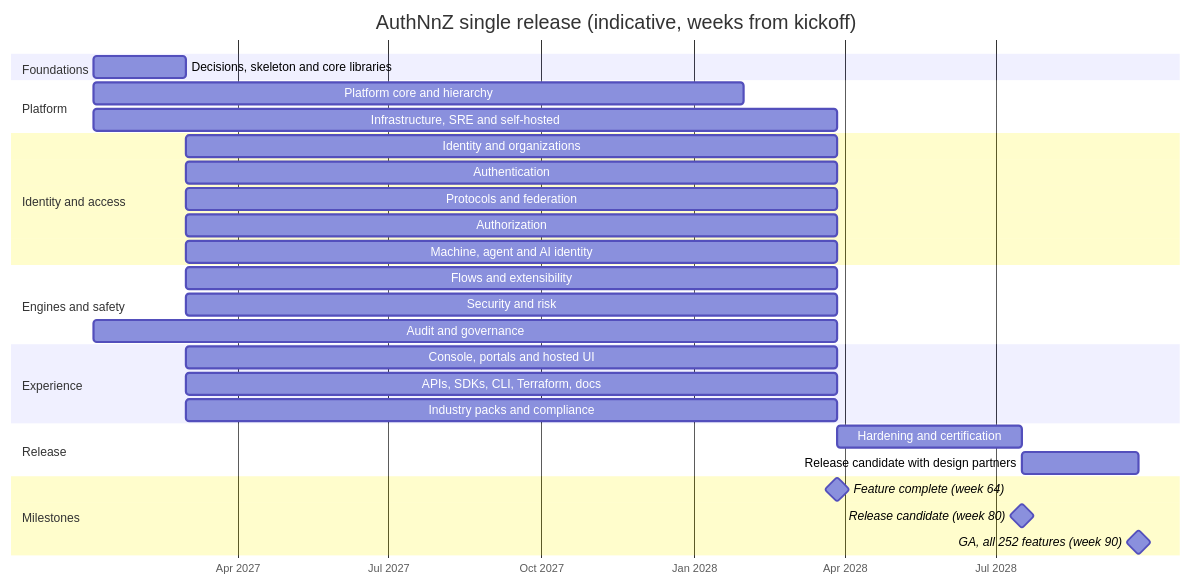
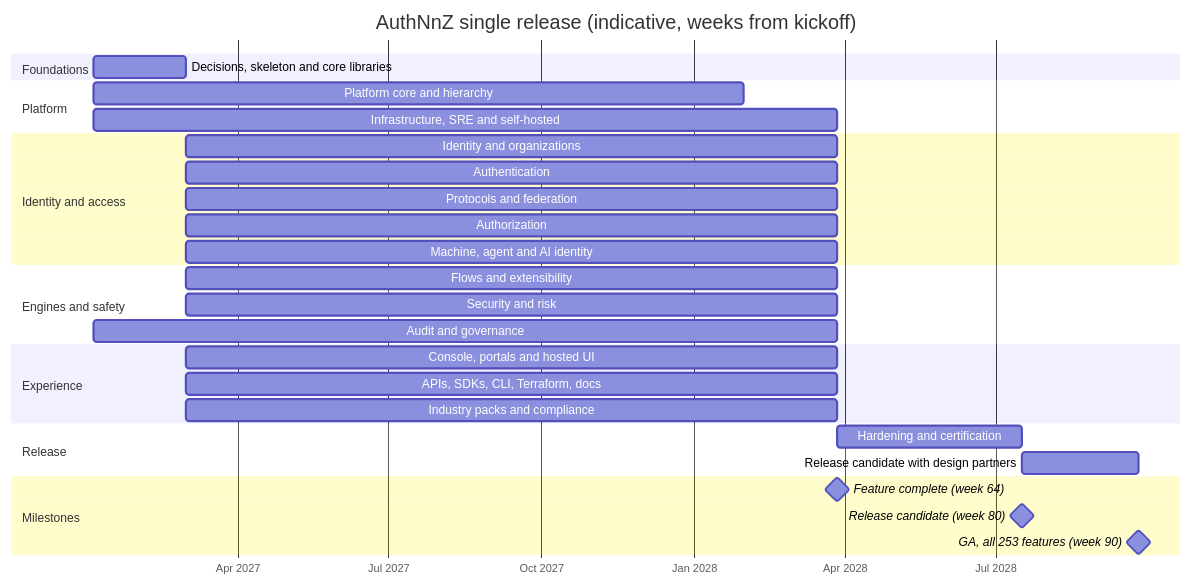
The diagram in docs/plan/05-roadmap-and-delivery.md (antonyrejith/AuthNnZ), drawn with Mermaid before and after one commit. The commit also changed other lines of this file and 6 other files, not shown here.

````diff
--- a/docs/plan/05-roadmap-and-delivery.md
+++ b/docs/plan/05-roadmap-and-delivery.md
@@ -37,32 +37,32 @@
 ```mermaid
 gantt
     title AuthNnZ single release (indicative, weeks from kickoff)
     dateFormat YYYY-MM-DD
     axisFormat %b %Y
     section Foundations
     Decisions, skeleton and core libraries :f, 2027-01-04, 8w
     section Platform
     Platform core and hierarchy          :2027-01-04, 56w
     Infrastructure, SRE and self-hosted  :2027-01-04, 64w
     section Identity and access
     Identity and organizations           :2027-03-01, 56w
     Authentication                       :2027-03-01, 56w
     Protocols and federation             :2027-03-01, 56w
     Authorization                        :2027-03-01, 56w
     Machine, agent and AI identity       :2027-03-01, 56w
     section Engines and safety
     Flows and extensibility              :2027-03-01, 56w
     Security and risk                    :2027-03-01, 56w
     Audit and governance                 :2027-01-04, 64w
     section Experience
     Console, portals and hosted UI       :2027-03-01, 56w
     APIs, SDKs, CLI, Terraform, docs     :2027-03-01, 56w
     Industry packs and compliance        :2027-03-01, 56w
     section Release
     Hardening and certification          :h, 2028-03-27, 16w
     Release candidate with design partners :rc, 2028-07-17, 10w
     section Milestones
     Feature complete (week 64)           :milestone, 2028-03-27, 0d
     Release candidate (week 80)          :milestone, 2028-07-17, 0d
-    GA, all 252 features (week 90)       :milestone, 2028-09-25, 0d
+    GA, all 253 features (week 90)       :milestone, 2028-09-25, 0d
 ```
````
